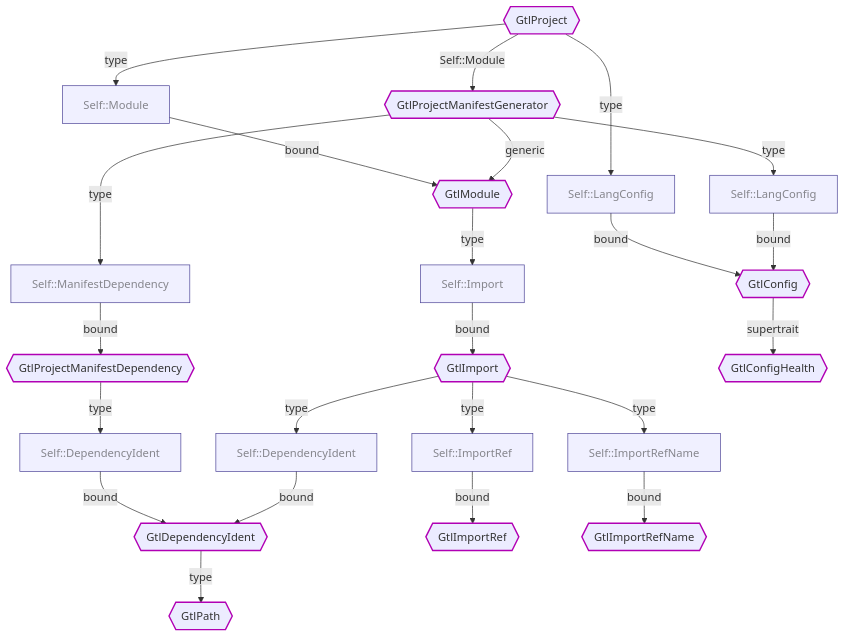
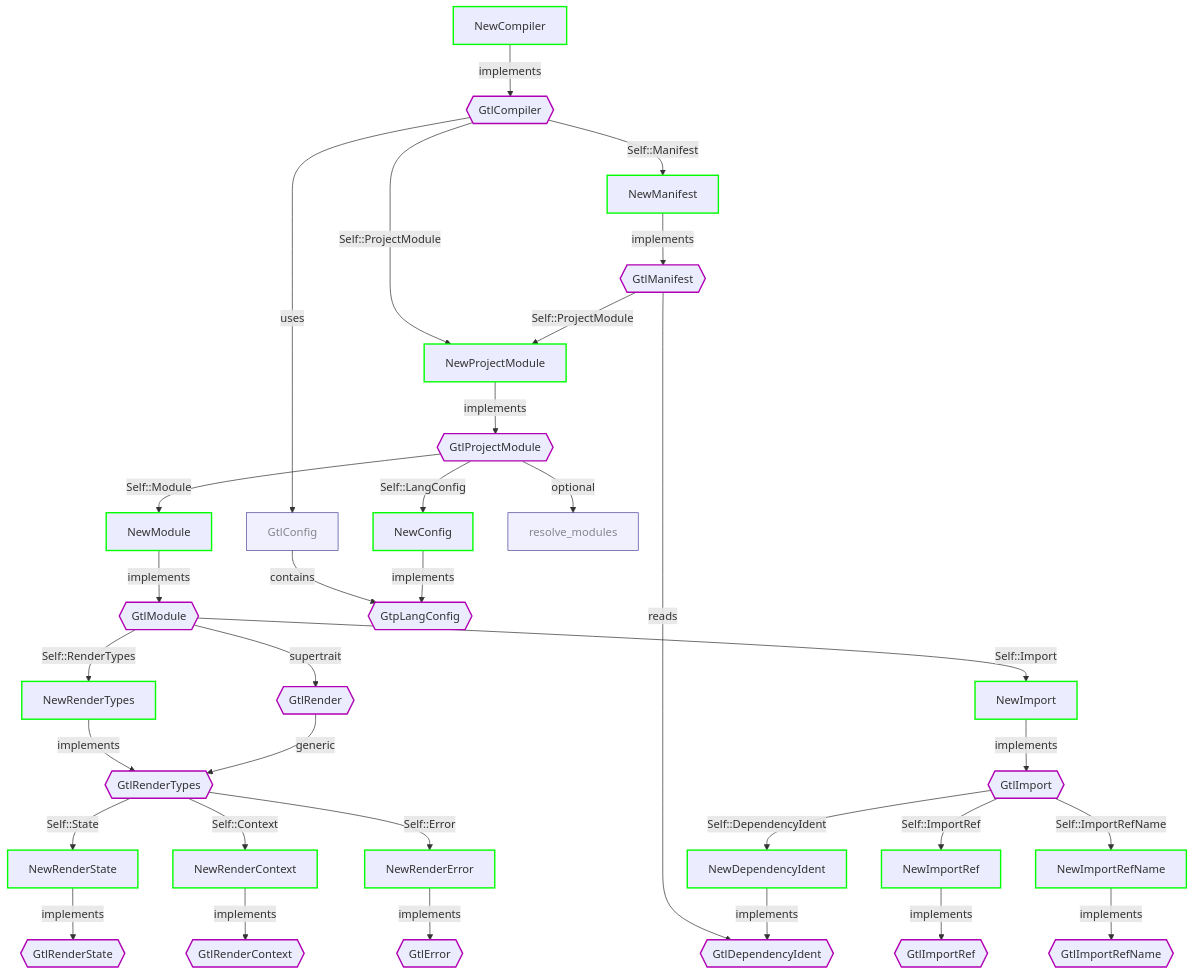
Before and after one commit to kossnocorp/genotype: the diagram in docs/contributing/new-target.md, drawn with Mermaid. The commit also changed other lines of this file, not shown here.

Commit message:
refactor: update the new target contributing doc

````diff
--- a/docs/contributing/new-target.md
+++ b/docs/contributing/new-target.md
@@ -11,124 +11,109 @@
 ```mermaid
 graph TD
-    %% region: GtlProject ------------------------------------------------------
+    %% region: Compiler --------------------------------------------------------
 
-    GtlProject{{GtlProject}}:::trait
+    GtlCompiler{{GtlCompiler}}:::trait
+    NewCompiler[NewCompiler]:::newType
 
-    %% Supertraits
-
-    GtlProject -- Self::Module --> GtlProjectManifestGenerator
-
-    %% Associated Types
-
-    GtlProject -- type --> GtlProjectTypeModule[Self::Module]:::type
-    GtlProjectTypeModule -- bound --> GtlModule
-
-    GtlProject -- type --> GtlProjectTypeLangConfig[Self::LangConfig]:::type
-    GtlProjectTypeLangConfig -- bound --> GtlConfig
+    NewCompiler -- implements --> GtlCompiler
+    GtlCompiler -- Self::ProjectModule --> NewProjectModule
+    GtlCompiler -- Self::Manifest --> NewManifest
+    GtlCompiler -- uses --> GtlConfig
 
     %% endregion
 
-    %% region: GtlProjectManifestGenerator -------------------------------------------
+    %% region: Project Module --------------------------------------------------
 
-    GtlProjectManifestGenerator{{GtlProjectManifestGenerator}}:::trait
+    GtlProjectModule{{GtlProjectModule}}:::trait
+    NewProjectModule[NewProjectModule]:::newType
 
-    %% Generics
-
-    GtlProjectManifestGenerator -- generic --> GtlModule
-
-    %% Associated Types
-
-    GtlProjectManifestGenerator -- type --> GtlProjectManifestGeneratorTypeManifestDependency[Self::ManifestDependency]:::type
-    GtlProjectManifestGeneratorTypeManifestDependency -- bound --> GtlProjectManifestDependency
-
-    GtlProjectManifestGenerator -- type --> GtlProjectManifestGeneratorTypeLangConfig[Self::LangConfig]:::type
-    GtlProjectManifestGeneratorTypeLangConfig -- bound --> GtlConfig
+    NewProjectModule -- implements --> GtlProjectModule
+    GtlProjectModule -- Self::LangConfig --> NewConfig
+    GtlProjectModule -- Self::Module --> NewModule
+    GtlProjectModule -- optional --> ResolveModules[resolve_modules]:::type
 
     %% endregion
 
-    %% region: GtlProjectManifestDependency ------------------------------------------
+    %% region: Manifest --------------------------------------------------------
 
-    GtlProjectManifestDependency{{GtlProjectManifestDependency}}:::trait
+    GtlManifest{{GtlManifest}}:::trait
+    NewManifest[NewManifest]:::newType
 
-    %% Associated Types
-
-    GtlProjectManifestDependency -- type --> GtlProjectManifestDependencyTypeDependencyIdent[Self::DependencyIdent]:::type
-    GtlProjectManifestDependencyTypeDependencyIdent -- bound --> GtlDependencyIdent
+    NewManifest -- implements --> GtlManifest
+    GtlManifest -- Self::ProjectModule --> NewProjectModule
+    GtlManifest -- reads --> GtlDependencyIdent
 
     %% endregion
 
-    %% region: GtlModule -------------------------------------------------------
+    %% region: Module ----------------------------------------------------------
 
     GtlModule{{GtlModule}}:::trait
+    NewModule[NewModule]:::newType
 
-    %% Associated Types
-
-    GtlModule -- type --> GtlModuleTypeImport[Self::Import]:::type
-    GtlModuleTypeImport -- bound --> GtlImport
+    NewModule -- implements --> GtlModule
+    GtlModule -- supertrait --> GtlRender
+    GtlModule -- Self::Import --> NewImport
+    GtlModule -- Self::RenderTypes --> NewRenderTypes
 
     %% endregion
 
-    %% region: GtlImport -------------------------------------------------------
+    %% region: Import ----------------------------------------------------------
 
     GtlImport{{GtlImport}}:::trait
+    NewImport[NewImport]:::newType
 
-    %% Associated Types
-
-    GtlImport -- type --> GtlImportTypeDependencyIdent[Self::DependencyIdent]:::type
-    GtlImportTypeDependencyIdent -- bound --> GtlDependencyIdent
-
-    GtlImport -- type --> GtlImportTypeImportRef[Self::ImportRef]:::type
-    GtlImportTypeImportRef -- bound --> GtlImportRef
-
-    GtlImport -- type --> GtlImportTypeImportRefName[Self::ImportRefName]:::type
-    GtlImportTypeImportRefName -- bound --> GtlImportRefName
+    NewImport -- implements --> GtlImport
+    GtlImport -- Self::DependencyIdent --> NewDependencyIdent
+    GtlImport -- Self::ImportRef --> NewImportRef
+    GtlImport -- Self::ImportRefName --> NewImportRefName
 
     %% endregion
 
-    %% region: GtlConfig -------------------------------------------------------
+    %% region: Render ----------------------------------------------------------
 
-    GtlConfig{{GtlConfig}}:::trait
+    GtlRender{{GtlRender}}:::trait
+    GtlRenderTypes{{GtlRenderTypes}}:::trait
+    NewRenderTypes[NewRenderTypes]:::newType
 
-    %% Supertraits
-
-    GtlConfig -- supertrait --> GtlConfigHealth
+    NewRenderTypes -- implements --> GtlRenderTypes
+    GtlRender -- generic --> GtlRenderTypes
+    GtlRenderTypes -- Self::State --> NewRenderState
+    GtlRenderTypes -- Self::Context --> NewRenderContext
+    GtlRenderTypes -- Self::Error --> NewRenderError
 
     %% endregion
 
-    %% region: GtlConfigHealth -------------------------------------------------
+    %% region: Supporting Traits -----------------------------------------------
 
-    GtlConfigHealth{{GtlConfigHealth}}:::trait
+    GtlConfig[GtlConfig]:::type
+    GtpLangConfig{{GtpLangConfig}}:::trait
+    GtlDependencyIdent{{GtlDependencyIdent}}:::trait
+    GtlImportRef{{GtlImportRef}}:::trait
+    GtlImportRefName{{GtlImportRefName}}:::trait
+    GtlRenderState{{GtlRenderState}}:::trait
+    GtlRenderContext{{GtlRenderContext}}:::trait
+    GtlError{{GtlError}}:::trait
 
-    %% endregion
+    NewConfig[NewConfig]:::newType
+    NewDependencyIdent[NewDependencyIdent]:::newType
+    NewImportRef[NewImportRef]:::newType
+    NewImportRefName[NewImportRefName]:::newType
+    NewRenderState[NewRenderState]:::newType
+    NewRenderContext[NewRenderContext]:::newType
+    NewRenderError[NewRenderError]:::newType
 
-    %% region: GtlDependencyIdent ----------------------------------------------
-
-    GtlDependencyIdent{{GtlDependencyIdent}}:::trait
-
-    %% Associated Types
-
-    GtlDependencyIdent -- type --> GtlPath[Self::Path]:::type
-
-    %% endregion
-
-    %% region: GtlImportRef ----------------------------------------------------
-
-    GtlImportRef{{GtlImportRef}}:::trait
-
-    %% endregion
-
-    %% region: GtlImportRefName ------------------------------------------------
-
-    GtlImportRefName{{GtlImportRefName}}:::trait
-
-    %% endregion
-
-    %% region: GtlPath ------------------------------------------------
-
-    GtlPath{{GtlPath}}:::trait
+    GtlConfig -- contains --> GtpLangConfig
+    NewConfig -- implements --> GtpLangConfig
+    NewDependencyIdent -- implements --> GtlDependencyIdent
+    NewImportRef -- implements --> GtlImportRef
+    NewImportRefName -- implements --> GtlImportRefName
+    NewRenderState -- implements --> GtlRenderState
+    NewRenderContext -- implements --> GtlRenderContext
+    NewRenderError -- implements --> GtlError
 
     %% endregion
 
     classDef type opacity:0.75,stroke:#140977
+    classDef newType opacity:1,stroke:lime,stroke-width:2px
     classDef trait opacity:1,stroke:#B100B4,stroke-width:2px
 ```
````
